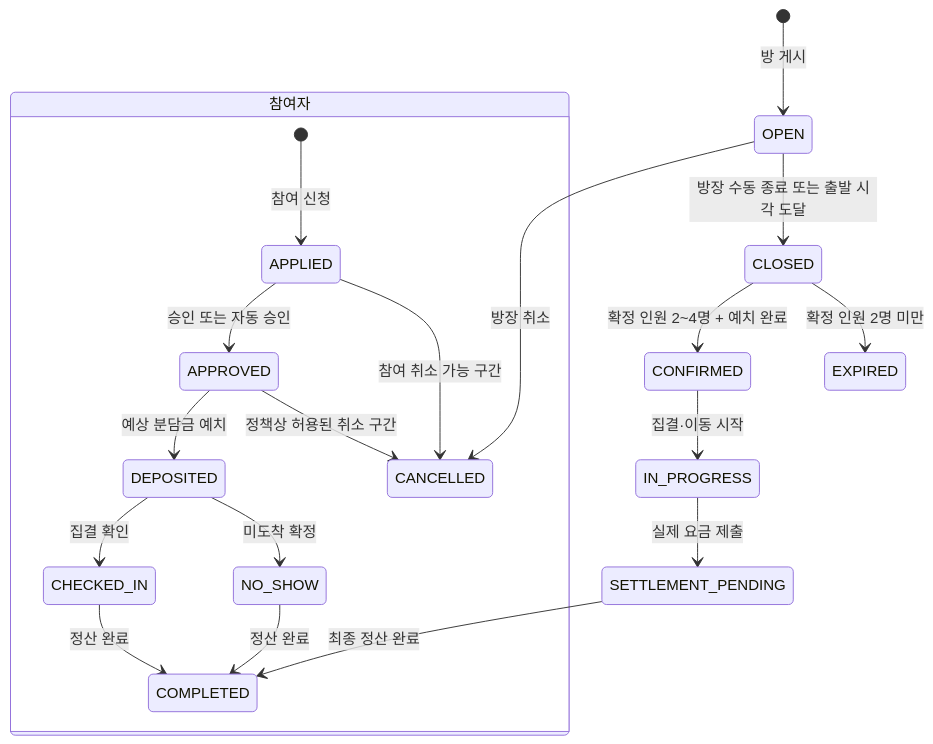
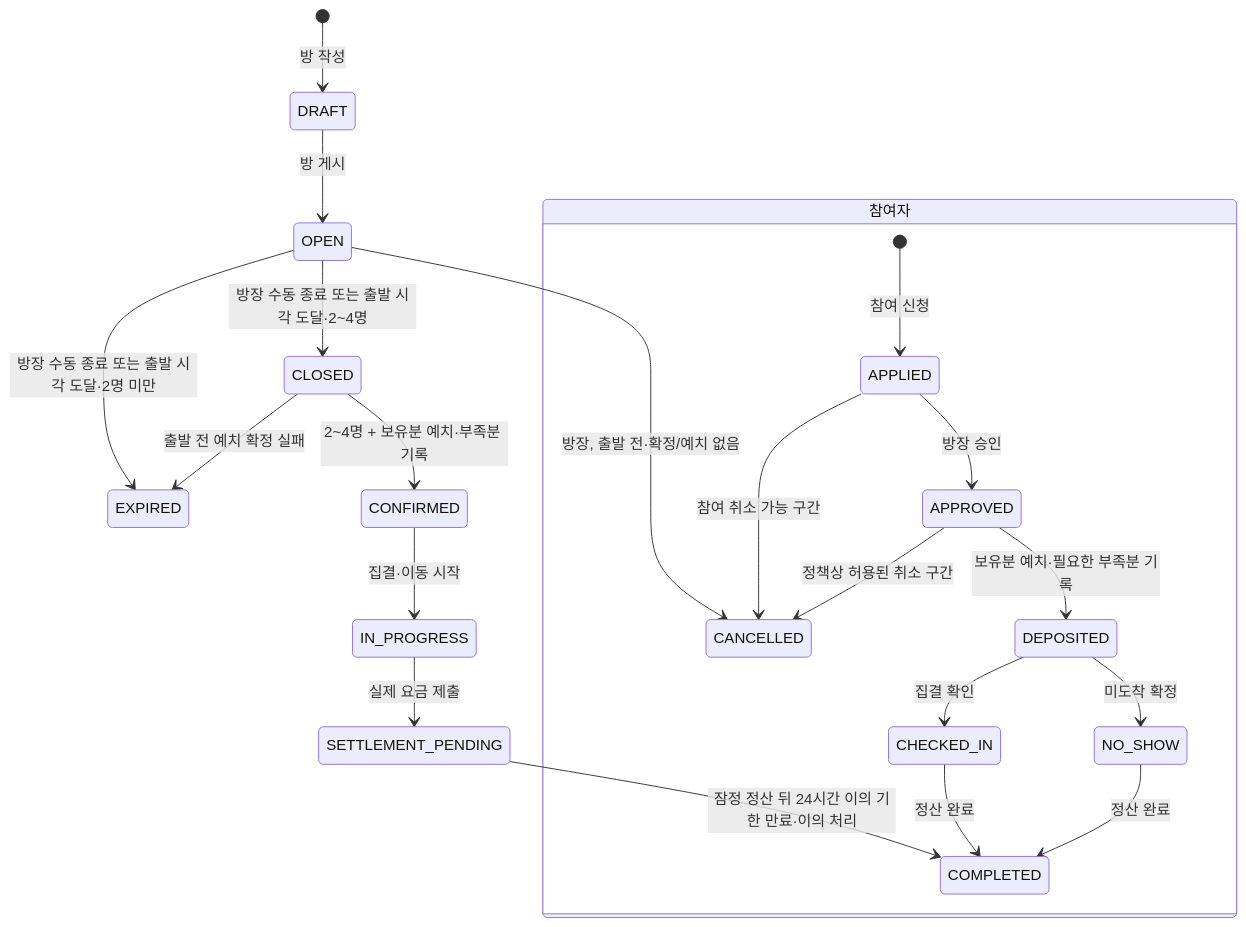
The third of 6 diagrams in docs/user-journey.md (LEE-JAKE-123/taxi-ta-share), drawn with Mermaid before and after one commit. The commit also changed other lines of this file and 19 other files, not shown here.

````diff
--- a/docs/user-journey.md
+++ b/docs/user-journey.md
@@ -85,23 +86,25 @@
 ```mermaid
 stateDiagram-v2
-  [*] --> OPEN: 방 게시
-  OPEN --> CLOSED: 방장 수동 종료 또는 출발 시각 도달
-  OPEN --> CANCELLED: 방장 취소
-  CLOSED --> CONFIRMED: 확정 인원 2~4명 + 예치 완료
-  CLOSED --> EXPIRED: 확정 인원 2명 미만
+  [*] --> DRAFT: 방 작성
+  DRAFT --> OPEN: 방 게시
+  OPEN --> CLOSED: 방장 수동 종료 또는 출발 시각 도달·2~4명
+  OPEN --> EXPIRED: 방장 수동 종료 또는 출발 시각 도달·2명 미만
+  OPEN --> CANCELLED: 방장, 출발 전·확정/예치 없음
+  CLOSED --> CONFIRMED: 2~4명 + 보유분 예치·부족분 기록
+  CLOSED --> EXPIRED: 출발 전 예치 확정 실패
   CONFIRMED --> IN_PROGRESS: 집결·이동 시작
   IN_PROGRESS --> SETTLEMENT_PENDING: 실제 요금 제출
-  SETTLEMENT_PENDING --> COMPLETED: 최종 정산 완료
+  SETTLEMENT_PENDING --> COMPLETED: 잠정 정산 뒤 24시간 이의 기한 만료·이의 처리
 
   state "참여자" as participant {
     [*] --> APPLIED: 참여 신청
-    APPLIED --> APPROVED: 승인 또는 자동 승인
-    APPROVED --> DEPOSITED: 예상 분담금 예치
+    APPLIED --> APPROVED: 방장 승인
+    APPROVED --> DEPOSITED: 보유분 예치·필요한 부족분 기록
     DEPOSITED --> CHECKED_IN: 집결 확인
     DEPOSITED --> NO_SHOW: 미도착 확정
     CHECKED_IN --> COMPLETED: 정산 완료
     NO_SHOW --> COMPLETED: 정산 완료
     APPLIED --> CANCELLED: 참여 취소 가능 구간
     APPROVED --> CANCELLED: 정책상 허용된 취소 구간
   }
 ```
````
